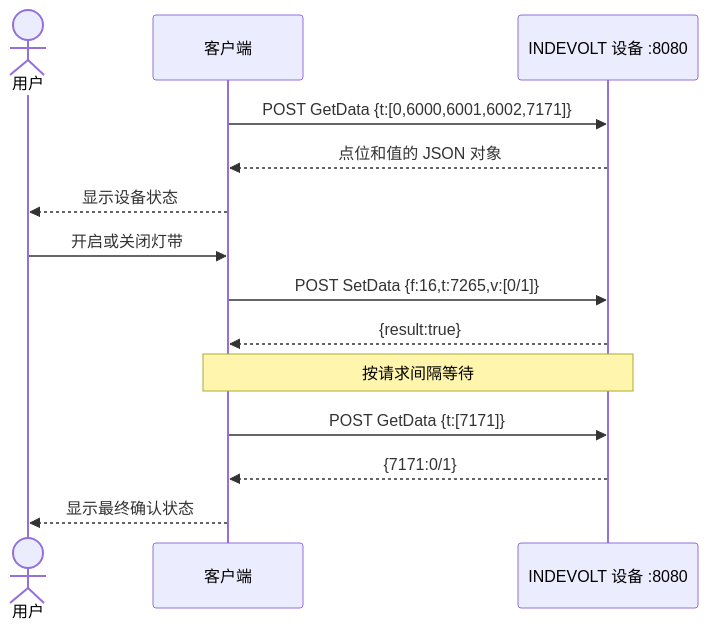
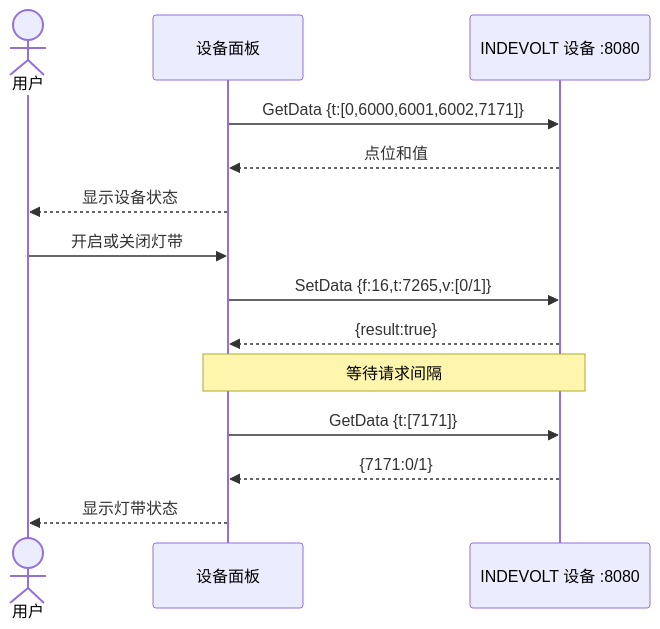
The diagram in i18n/zh/docusaurus-plugin-content-docs/current/developer/tutorials/opendata-local-device-panel.md (indevolt-y/indevolt-y.github.io), drawn with Mermaid before and after one commit. The commit also changed other lines of this file, not shown here.

Commit message:
重构 OpenData 教程内容结构

````diff
--- a/i18n/zh/docusaurus-plugin-content-docs/current/developer/tutorials/opendata-local-device-panel.md
+++ b/i18n/zh/docusaurus-plugin-content-docs/current/developer/tutorials/opendata-local-device-panel.md
@@ -348,17 +71,17 @@
 ```mermaid
 sequenceDiagram
     actor User as 用户
-    participant App as 客户端
+    participant App as 设备面板
     participant Device as INDEVOLT 设备 :8080
 
-    App->>Device: POST GetData {t:[0,6000,6001,6002,7171]}
-    Device-->>App: 点位和值的 JSON 对象
+    App->>Device: GetData {t:[0,6000,6001,6002,7171]}
+    Device-->>App: 点位和值
     App-->>User: 显示设备状态
     User->>App: 开启或关闭灯带
-    App->>Device: POST SetData {f:16,t:7265,v:[0/1]}
+    App->>Device: SetData {f:16,t:7265,v:[0/1]}
     Device-->>App: {result:true}
-    Note over App,Device: 按请求间隔等待
-    App->>Device: POST GetData {t:[7171]}
+    Note over App,Device: 等待请求间隔
+    App->>Device: GetData {t:[7171]}
     Device-->>App: {7171:0/1}
-    App-->>User: 显示最终确认状态
+    App-->>User: 显示灯带状态
 ```
````
